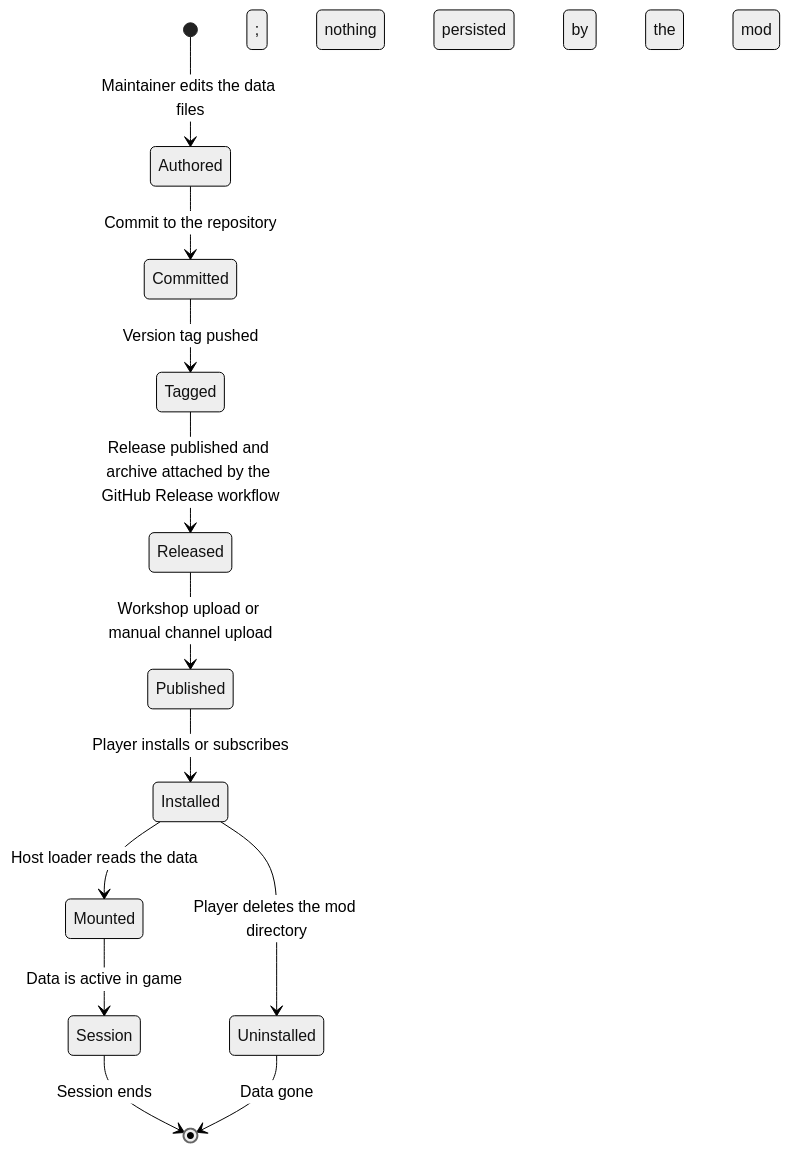
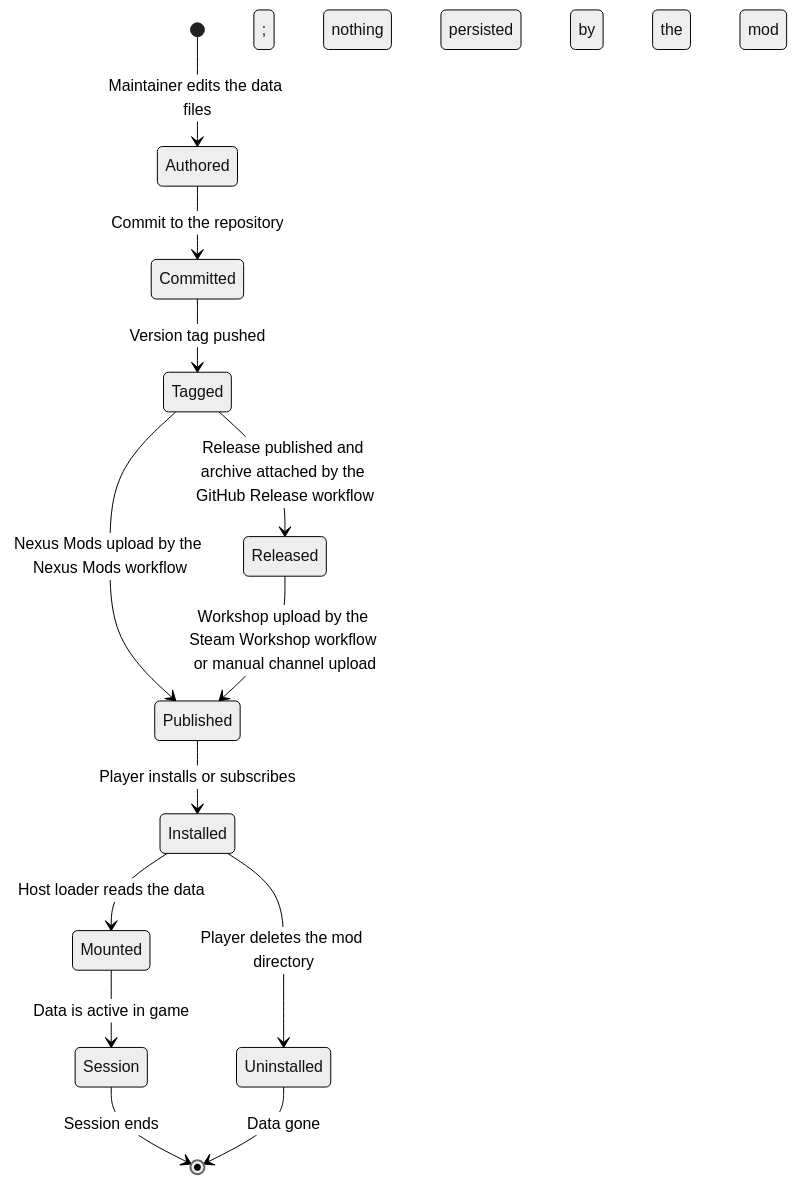
One commit to hmlendea/imperator-dracones-invictus changed the diagram in docs/state-and-persistence.md. Above: the diagram before and after it, drawn with Mermaid (neutral theme). The commit also changed 24 other files, not shown here.

Commit message:
ci: Created the Nexus Mods Release workflow

````diff
--- a/docs/state-and-persistence.md
+++ b/docs/state-and-persistence.md
@@ -28,14 +28,15 @@
 ```mermaid
 stateDiagram-v2
     [*] --> Authored: Maintainer edits the data files
     Authored --> Committed: Commit to the repository
     Committed --> Tagged: Version tag pushed
     Tagged --> Released: Release published and archive attached by the GitHub Release workflow
-    Released --> Published: Workshop upload or manual channel upload
+    Tagged --> Published: Nexus Mods upload by the Nexus Mods workflow
+    Released --> Published: Workshop upload by the Steam Workshop workflow or manual channel upload
     Published --> Installed: Player installs or subscribes
     Installed --> Mounted: Host loader reads the data
     Mounted --> Session: Data is active in game
     Session --> [*]: Session ends; nothing persisted by the mod
     Installed --> Uninstalled: Player deletes the mod directory
     Uninstalled --> [*]: Data gone
 ```
````
